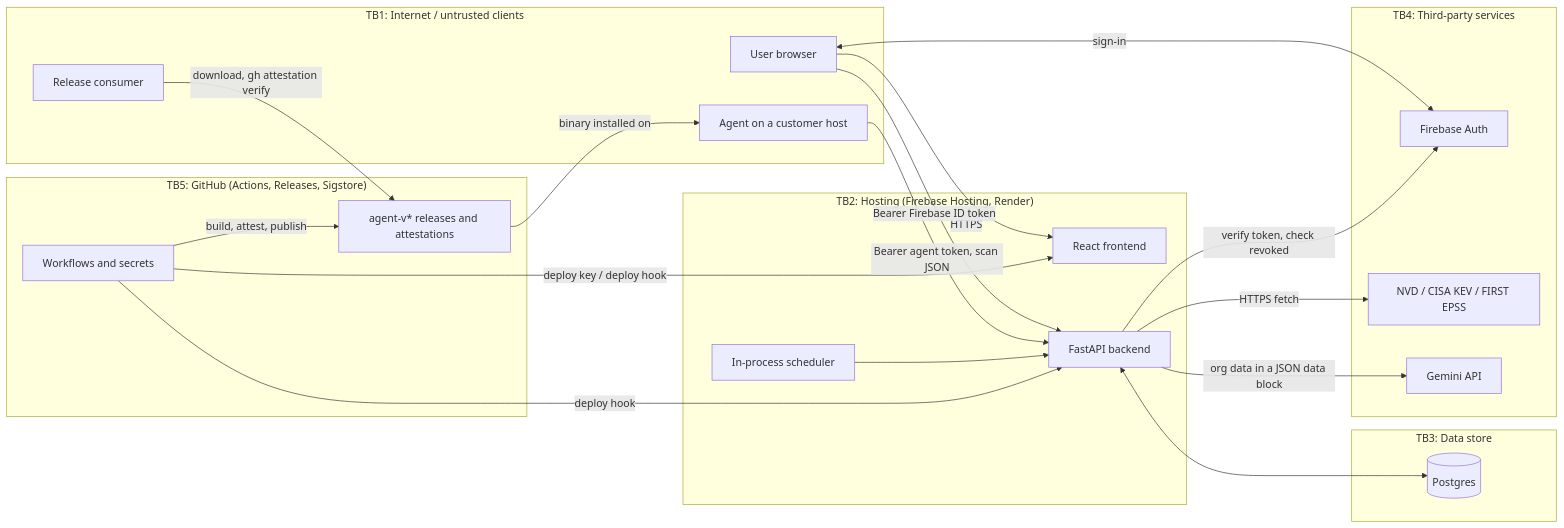
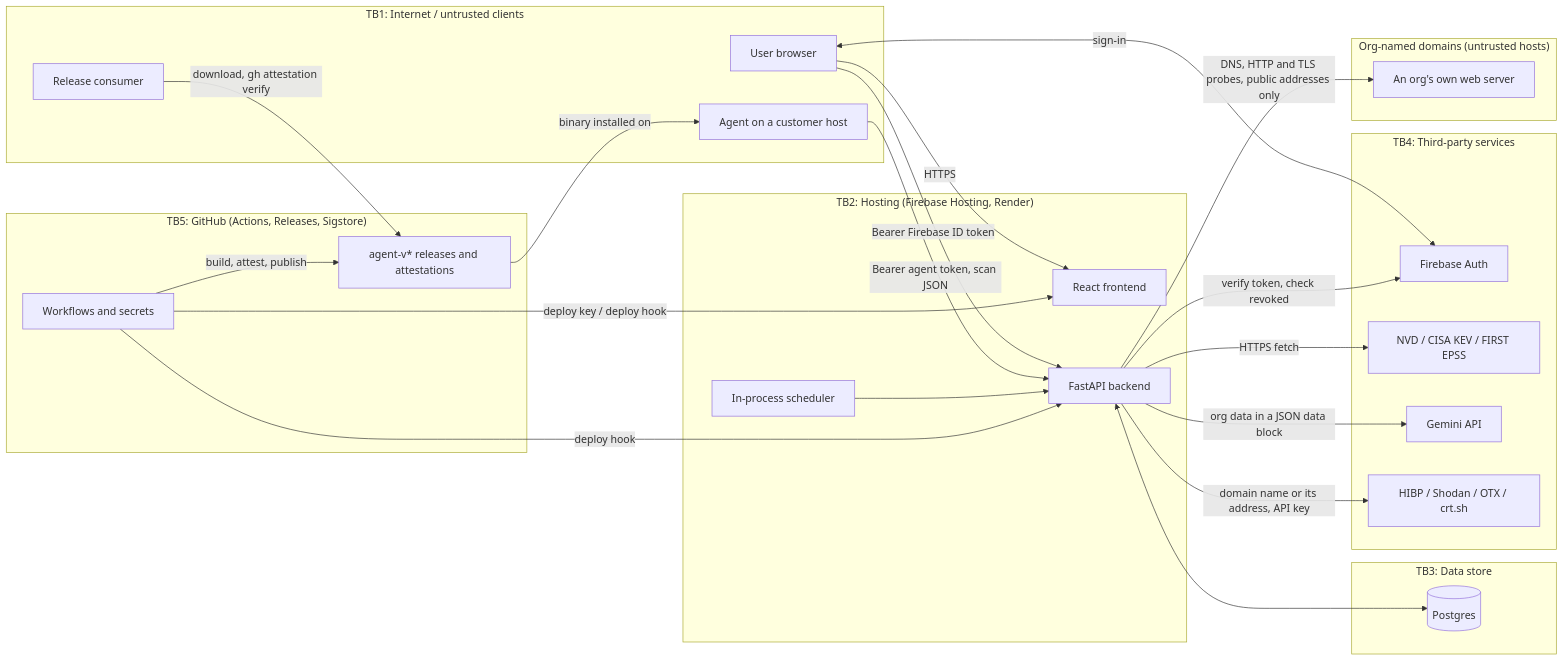
One commit to firegiant9000/Senior-Cybersecurity-Project changed the diagram in docs/security/threat_model.md. Above: the diagram before and after it, drawn with Mermaid. The commit also changed other lines of this file and 5 other files, not shown here.

````diff
--- a/docs/security/threat_model.md
+++ b/docs/security/threat_model.md
@@ -43,39 +44,45 @@
 ```mermaid
 flowchart LR
   subgraph TB1["TB1: Internet / untrusted clients"]
     U["User browser"]
     A["Agent on a customer host"]
     C["Release consumer"]
   end
   subgraph TB2["TB2: Hosting (Firebase Hosting, Render)"]
     FE["React frontend"]
     API["FastAPI backend"]
     SCH["In-process scheduler"]
   end
   subgraph TB3["TB3: Data store"]
     DB[("Postgres")]
   end
   subgraph TB4["TB4: Third-party services"]
     FA["Firebase Auth"]
     FEEDS["NVD / CISA KEV / FIRST EPSS"]
     GEM["Gemini API"]
+    OSINT["HIBP / Shodan / OTX / crt.sh"]
+  end
+  subgraph EXT["Org-named domains (untrusted hosts)"]
+    TGT["An org's own web server"]
   end
   subgraph TB5["TB5: GitHub (Actions, Releases, Sigstore)"]
     GHA["Workflows and secrets"]
     REL["agent-v* releases and attestations"]
   end
   U -->|"HTTPS"| FE
   U -->|"Bearer Firebase ID token"| API
   U <-->|"sign-in"| FA
   API -->|"verify token, check revoked"| FA
   A -->|"Bearer agent token, scan JSON"| API
   API <--> DB
   SCH --> API
   API -->|"HTTPS fetch"| FEEDS
   API -->|"org data in a JSON data block"| GEM
+  API -->|"domain name or its address, API key"| OSINT
+  API -->|"DNS, HTTP and TLS probes, public addresses only"| TGT
   GHA -->|"deploy key / deploy hook"| FE
   GHA -->|"deploy hook"| API
   GHA -->|"build, attest, publish"| REL
   C -->|"download, gh attestation verify"| REL
   REL -->|"binary installed on"| A
 ```
````
